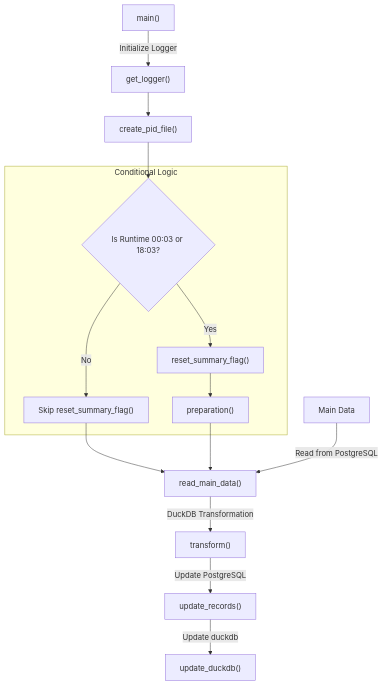
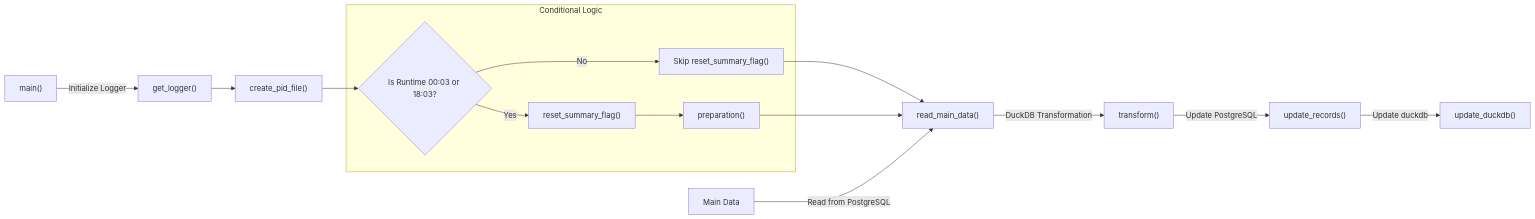
One commit to maulanaady/psn changed the second of 2 diagrams in UDR/calculation_readme.md. Above: the diagram before and after it, drawn with Mermaid.

Commit message:
update readme file

````diff
--- a/UDR/calculation_readme.md
+++ b/UDR/calculation_readme.md
@@ -74,21 +74,21 @@
 ```mermaid
-graph TD;
+graph LR;
     A[main#40;#41;] --> |Initialize Logger| B[get_logger#40;#41;];
     B --> D[create_pid_file#40;#41;];
     D --> G{Is Runtime 00:03 or 18:03?}
     
     subgraph Conditional Logic
         G -- Yes --> H[reset_summary_flag#40;#41;];
         G -- No --> I[Skip reset_summary_flag#40;#41;];
         H --> J[preparation#40;#41;];
     end
 
     I --> F[read_main_data#40;#41;];
     J --> F[read_main_data#40;#41;];
     P[Main Data] --> |Read from PostgreSQL| F;
     F --> |DuckDB Transformation| K[transform#40;#41;];
     K --> |Update PostgreSQL| L[update_records#40;#41;];
     L --> |Update duckdb| M[update_duckdb#40;#41;];
 
 
 ```
````
